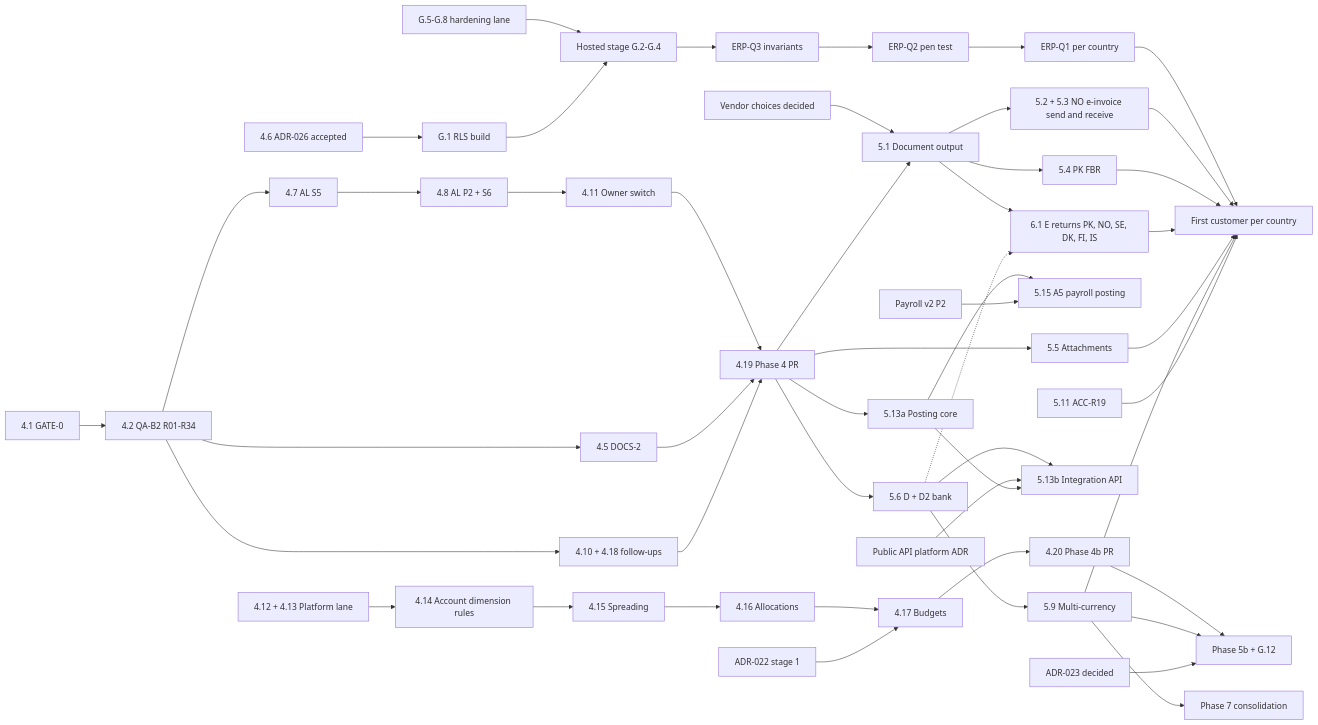
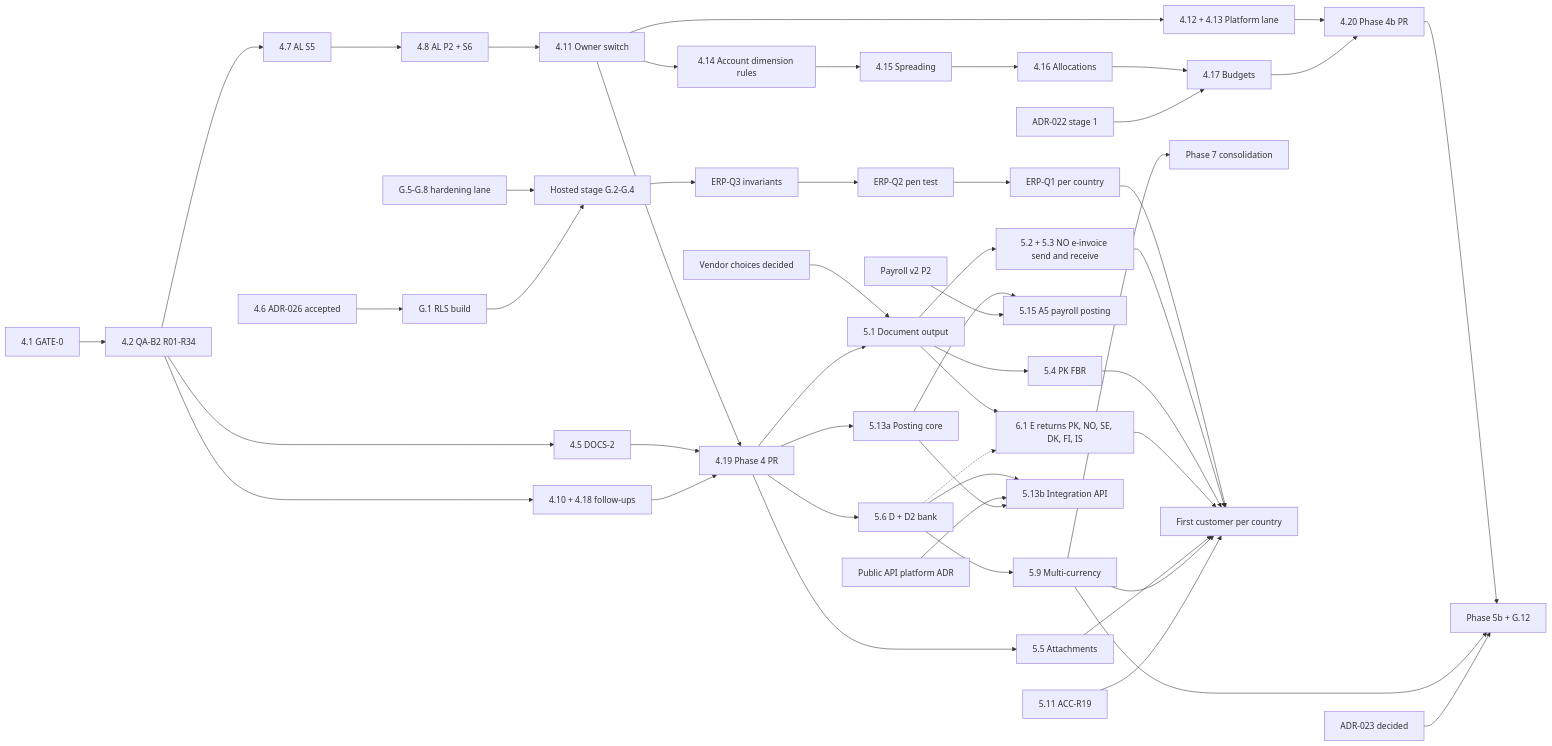
One commit to Neovatus/NeoERP changed the diagram in docs/drafts/accounts-roadmap.md. Above: the diagram before and after it, drawn with Mermaid. The commit also changed other lines of this file, not shown here.

Commit message:
docs(accounts-roadmap): platform lane in parallel (approved order); §7 reading note

````diff
--- a/docs/drafts/accounts-roadmap.md
+++ b/docs/drafts/accounts-roadmap.md
@@ -269,36 +269,37 @@
 ```mermaid
 graph LR
   G0["4.1 GATE-0"] --> QA["4.2 QA-B2 R01-R34"] --> S5["4.7 AL S5"] --> P2["4.8 AL P2 + S6"]
   P2 --> OWN["4.11 Owner switch"] --> PR4["4.19 Phase 4 PR"]
   QA --> DOCS2["4.5 DOCS-2"] --> PR4
   QA --> FUP["4.10 + 4.18 follow-ups"] --> PR4
-  PLAT["4.12 + 4.13 Platform lane"] --> DIM["4.14 Account dimension rules"] --> SPR["4.15 Spreading"]
+  OWN --> PLAT["4.12 + 4.13 Platform lane"] --> PR4B
+  OWN --> DIM["4.14 Account dimension rules"] --> SPR["4.15 Spreading"]
   SPR --> ALC["4.16 Allocations"] --> BUD["4.17 Budgets"] --> PR4B["4.20 Phase 4b PR"]
   ADR22["ADR-022 stage 1"] --> BUD
   VEND["Vendor choices decided"] --> DO
   PR4 --> DO["5.1 Document output"] --> EINV["5.2 + 5.3 NO e-invoice send and receive"]
   DO --> FBR["5.4 PK FBR"]
   DO --> E["6.1 E returns PK, NO, SE, DK, FI, IS"]
   PR4 --> CORE["5.13a Posting core"] --> A5["5.15 A5 payroll posting"]
   PAY["Payroll v2 P2"] --> A5
   PR4 --> AT["5.5 Attachments"]
   PR4 --> D["5.6 D + D2 bank"] --> FX["5.9 Multi-currency"]
   D -.-> E
   D --> API["5.13b Integration API"]
   PADR["Public API platform ADR"] --> API
   CORE --> API
   PR4B --> B5["Phase 5b + G.12"]
   FX --> B5
   ADR23["ADR-023 decided"] --> B5
   FX --> P7["Phase 7 consolidation"]
   HARD["G.5-G.8 hardening lane"] --> STAGE["Hosted stage G.2-G.4"]
   ADR26["4.6 ADR-026 accepted"] --> RLS["G.1 RLS build"] --> STAGE
   STAGE --> Q3["ERP-Q3 invariants"] --> Q2["ERP-Q2 pen test"] --> Q1["ERP-Q1 per country"]
   Q1 --> FIRST["First customer per country"]
   EINV --> FIRST
   FBR --> FIRST
   E --> FIRST
   AT --> FIRST
   FX --> FIRST
   R19["5.11 ACC-R19"] --> FIRST
 ```
````
